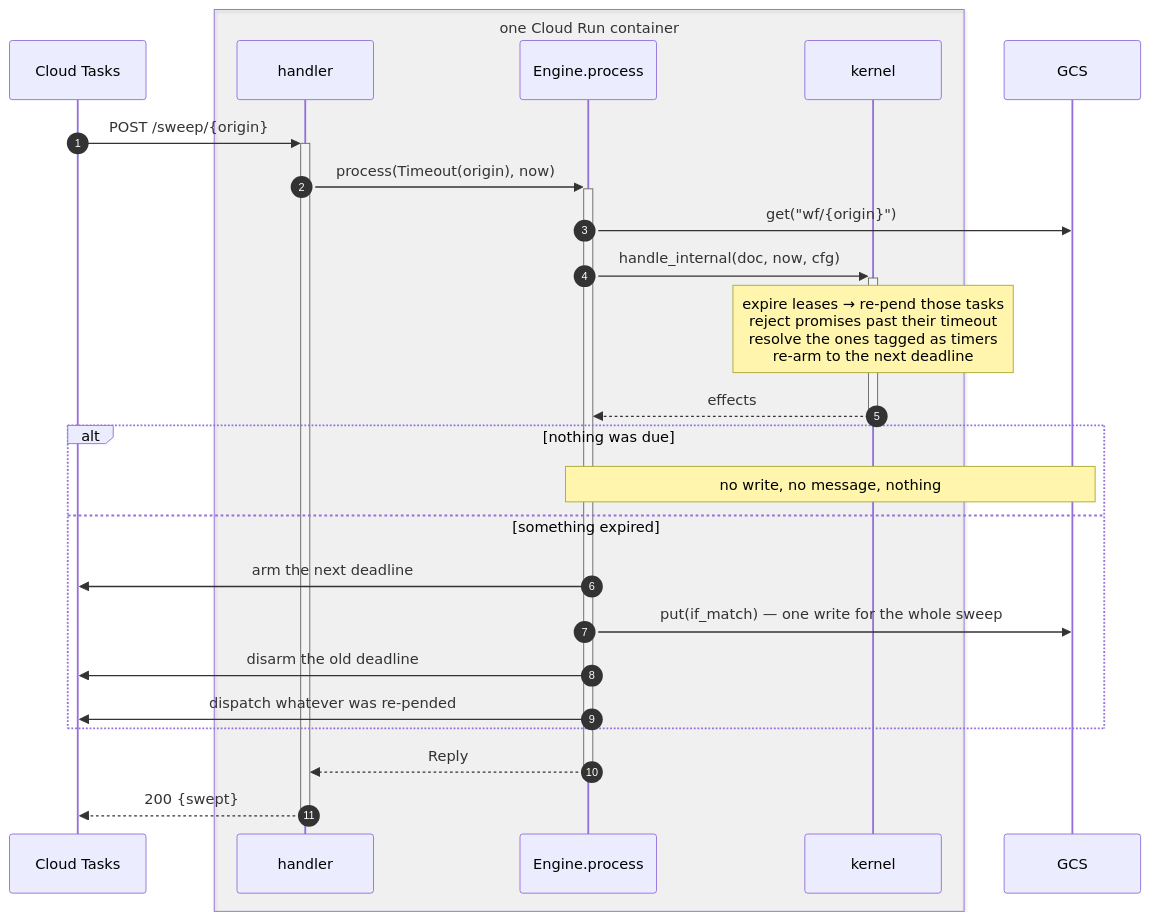
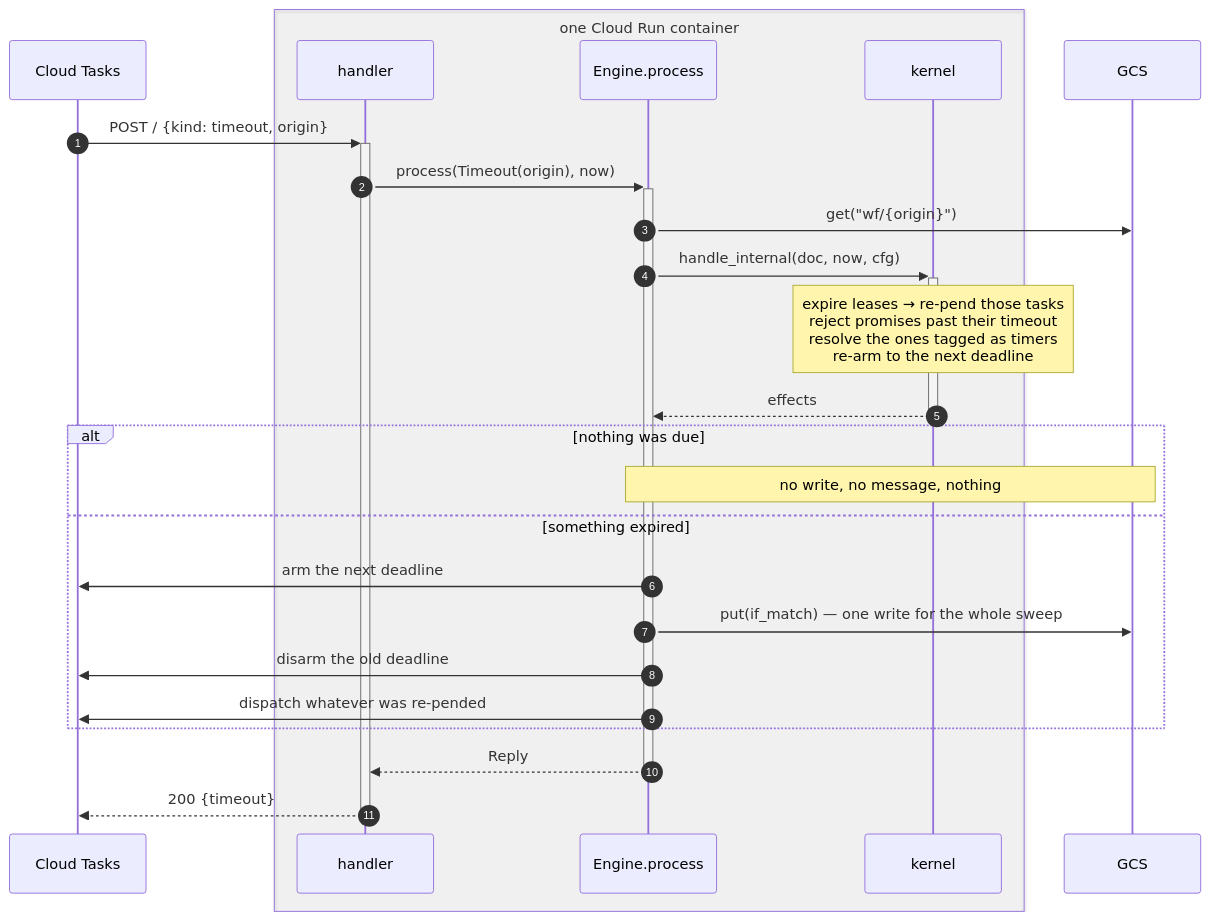
Before and after one commit to resonatehq/durable-execution: the fifth of 6 diagrams in code/final/SEQUENCE.md, drawn with Mermaid. The commit also changed other lines of this file and 27 other files, not shown here.

````diff
--- a/code/final/SEQUENCE.md
+++ b/code/final/SEQUENCE.md
@@ -220,29 +220,29 @@
 ```mermaid
 sequenceDiagram
     autonumber
     participant Q as Cloud Tasks
     box rgba(128,128,128,0.08) one Cloud Run container
         participant H as handler
         participant E as Engine.process
         participant K as kernel
     end
     participant S as GCS
 
-    Q->>+H: POST /sweep/{origin}
+    Q->>+H: POST / {kind: timeout, origin}
     H->>+E: process(Timeout(origin), now)
     E->>S: get("wf/{origin}")
     E->>+K: handle_internal(doc, now, cfg)
     Note over K: expire leases → re-pend those tasks<br/>reject promises past their timeout<br/>resolve the ones tagged as timers<br/>re-arm to the next deadline
     K-->>-E: effects
 
     alt nothing was due
         Note over E,S: no write, no message, nothing
     else something expired
         E->>Q: arm the next deadline
         E->>S: put(if_match) — one write for the whole sweep
         E->>Q: disarm the old deadline
         E->>Q: dispatch whatever was re-pended
     end
     E-->>-H: Reply
-    H-->>-Q: 200 {swept}
+    H-->>-Q: 200 {timeout}
 ```
````
